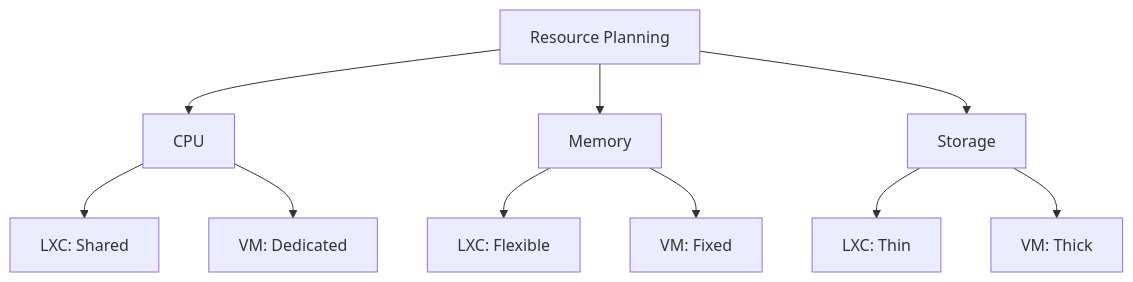
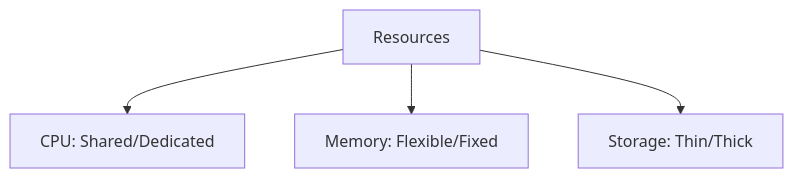
Before and after one commit to Hydepwns/nix-mox: the sixth of 6 diagrams in docs/guides/nixos-on-proxmox.md, drawn with Mermaid. The commit also changed other lines of this file and 145 other files, not shown here.

````diff
--- a/docs/guides/nixos-on-proxmox.md
+++ b/docs/guides/nixos-on-proxmox.md
@@ -165,15 +108,6 @@
 ```mermaid
 graph TD
-    A[Resource Planning] --> B[CPU]
-    A --> C[Memory]
-    A --> D[Storage]
-    
-    B --> B1[LXC: Shared]
-    B --> B2[VM: Dedicated]
-    
-    C --> C1[LXC: Flexible]
-    C --> C2[VM: Fixed]
-    
-    D --> D1[LXC: Thin]
-    D --> D2[VM: Thick]
+    A[Resources] --> B[CPU: Shared/Dedicated]
+    A --> C[Memory: Flexible/Fixed]
+    A --> D[Storage: Thin/Thick]
 ```
````
